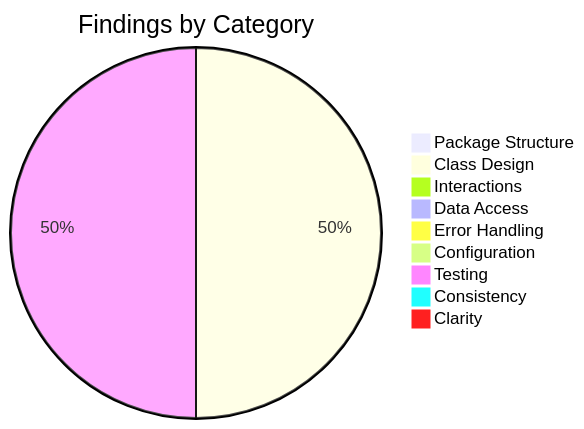
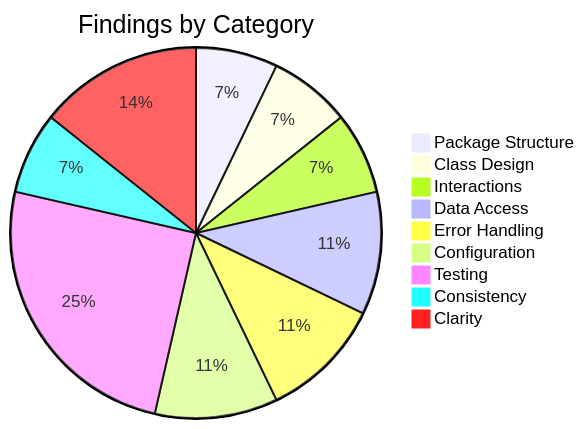
Before and after one commit to jacklvd/boomerang: the second of 2 diagrams in reviews/boomerang-low-level-design-review.md, drawn with Mermaid. The commit also changed other lines of this file and 5 other files, not shown here.

````diff
--- a/reviews/boomerang-low-level-design-review.md
+++ b/reviews/boomerang-low-level-design-review.md
@@ -415,12 +415,12 @@
 ```mermaid
 pie title Findings by Category
-    "Package Structure" : 0
-    "Class Design" : 1
-    "Interactions" : 0
-    "Data Access" : 0
-    "Error Handling" : 0
-    "Configuration" : 0
-    "Testing" : 1
-    "Consistency" : 0
-    "Clarity" : 0
+    "Package Structure" : 2
+    "Class Design" : 2
+    "Interactions" : 2
+    "Data Access" : 3
+    "Error Handling" : 3
+    "Configuration" : 3
+    "Testing" : 7
+    "Consistency" : 2
+    "Clarity" : 4
 ```
````
